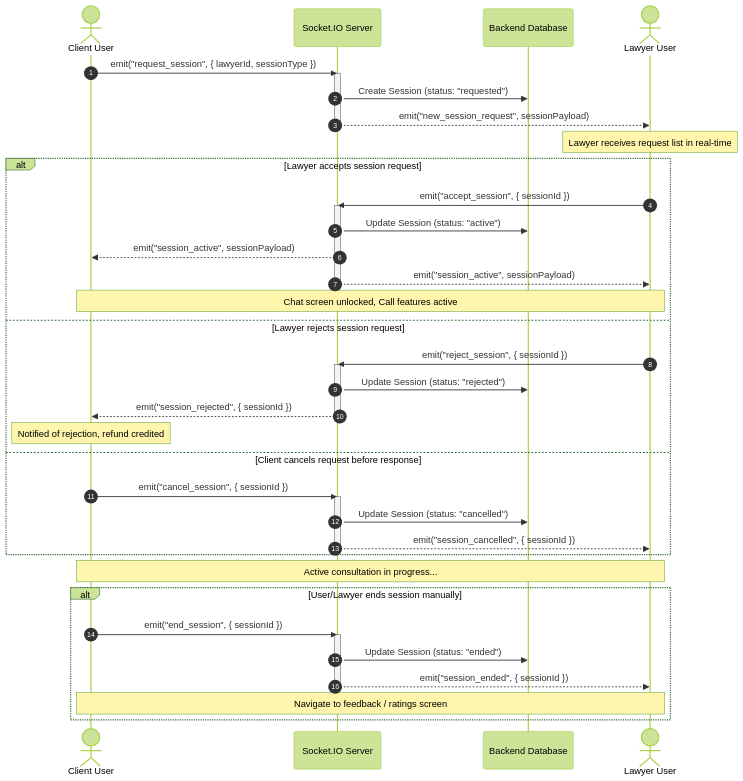
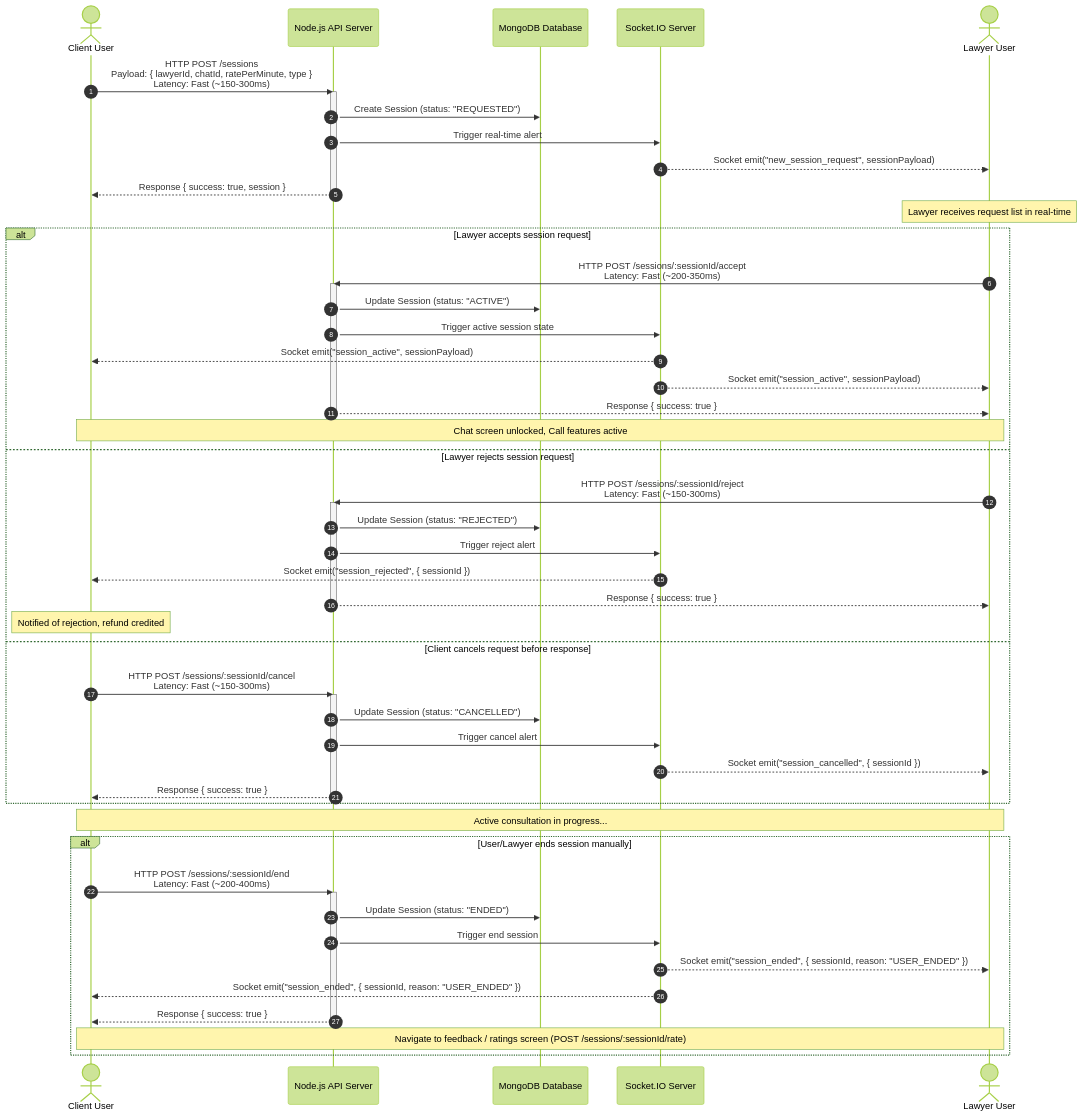
The third of 7 diagrams in README.md (RudrakshRakeshZodage/Workflow_1), drawn with Mermaid (forest theme) before and after one commit. The commit also changed other lines of this file, not shown here.

````diff
--- a/README.md
+++ b/README.md
@@ -122,51 +135,63 @@
 ```mermaid
 sequenceDiagram
     autonumber
     actor Client as Client User
+    participant API as Node.js API Server
+    participant DB as MongoDB Database
     participant Socket as Socket.IO Server
-    participant DB as Backend Database
     actor Lawyer as Lawyer User
 
     %% Request Initiation
-    Client->>Socket: emit("request_session", { lawyerId, sessionType })
-    activate Socket
-    Socket->>DB: Create Session (status: "requested")
-    Socket-->>Lawyer: emit("new_session_request", sessionPayload)
-    deactivate Socket
+    Client->>API: HTTP POST /sessions<br/>Payload: { lawyerId, chatId, ratePerMinute, type }<br/>Latency: Fast (~150-300ms)
+    activate API
+    API->>DB: Create Session (status: "REQUESTED")
+    API->>Socket: Trigger real-time alert
+    Socket-->>Lawyer: Socket emit("new_session_request", sessionPayload)
+    API-->>Client: Response { success: true, session }
+    deactivate API
     Note over Lawyer: Lawyer receives request list in real-time
 
     %% Accept or Decline decision
     alt Lawyer accepts session request
-        Lawyer->>Socket: emit("accept_session", { sessionId })
-        activate Socket
-        Socket->>DB: Update Session (status: "active")
-        Socket-->>Client: emit("session_active", sessionPayload)
-        Socket-->>Lawyer: emit("session_active", sessionPayload)
-        deactivate Socket
+        Lawyer->>API: HTTP POST /sessions/:sessionId/accept<br/>Latency: Fast (~200-350ms)
+        activate API
+        API->>DB: Update Session (status: "ACTIVE")
+        API->>Socket: Trigger active session state
+        Socket-->>Client: Socket emit("session_active", sessionPayload)
+        Socket-->>Lawyer: Socket emit("session_active", sessionPayload)
+        API-->>Lawyer: Response { success: true }
+        deactivate API
         Note over Client, Lawyer: Chat screen unlocked, Call features active
     else Lawyer rejects session request
-        Lawyer->>Socket: emit("reject_session", { sessionId })
-        activate Socket
-        Socket->>DB: Update Session (status: "rejected")
-        Socket-->>Client: emit("session_rejected", { sessionId })
-        deactivate Socket
+        Lawyer->>API: HTTP POST /sessions/:sessionId/reject<br/>Latency: Fast (~150-300ms)
+        activate API
+        API->>DB: Update Session (status: "REJECTED")
+        API->>Socket: Trigger reject alert
+        Socket-->>Client: Socket emit("session_rejected", { sessionId })
+        API-->>Lawyer: Response { success: true }
+        deactivate API
         Note over Client: Notified of rejection, refund credited
     else Client cancels request before response
-        Client->>Socket: emit("cancel_session", { sessionId })
-        activate Socket
-        Socket->>DB: Update Session (status: "cancelled")
-        Socket-->>Lawyer: emit("session_cancelled", { sessionId })
-        deactivate Socket
+        Client->>API: HTTP POST /sessions/:sessionId/cancel<br/>Latency: Fast (~150-300ms)
+        activate API
+        API->>DB: Update Session (status: "CANCELLED")
+        API->>Socket: Trigger cancel alert
+        Socket-->>Lawyer: Socket emit("session_cancelled", { sessionId })
+        API-->>Client: Response { success: true }
+        deactivate API
     end
 
     %% Session Ending
     Note over Client, Lawyer: Active consultation in progress...
     alt User/Lawyer ends session manually
-        Client->>Socket: emit("end_session", { sessionId })
-        activate Socket
-        Socket->>DB: Update Session (status: "ended")
-        Socket-->>Lawyer: emit("session_ended", { sessionId })
-        deactivate Socket
-        Note over Client, Lawyer: Navigate to feedback / ratings screen
+        Client->>API: HTTP POST /sessions/:sessionId/end<br/>Latency: Fast (~200-400ms)
+        activate API
+        API->>DB: Update Session (status: "ENDED")
+        API->>Socket: Trigger end session
+        Socket-->>Lawyer: Socket emit("session_ended", { sessionId, reason: "USER_ENDED" })
+        Socket-->>Client: Socket emit("session_ended", { sessionId, reason: "USER_ENDED" })
+        API-->>Client: Response { success: true }
+        deactivate API
+        Note over Client, Lawyer: Navigate to feedback / ratings screen (POST /sessions/:sessionId/rate)
     end
 ```
````
